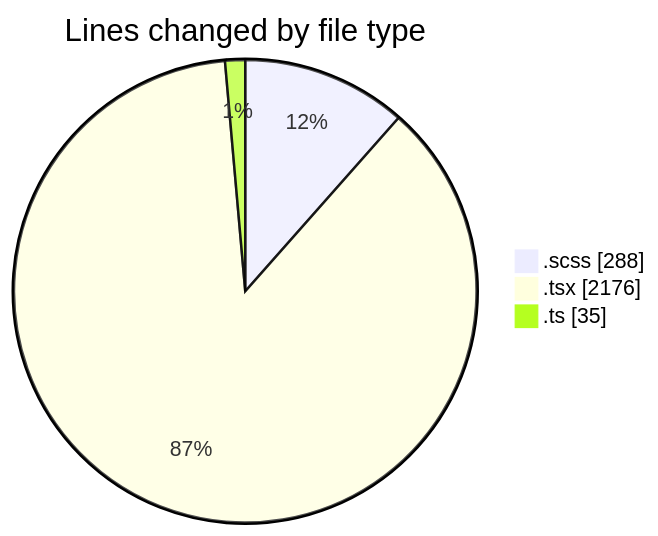
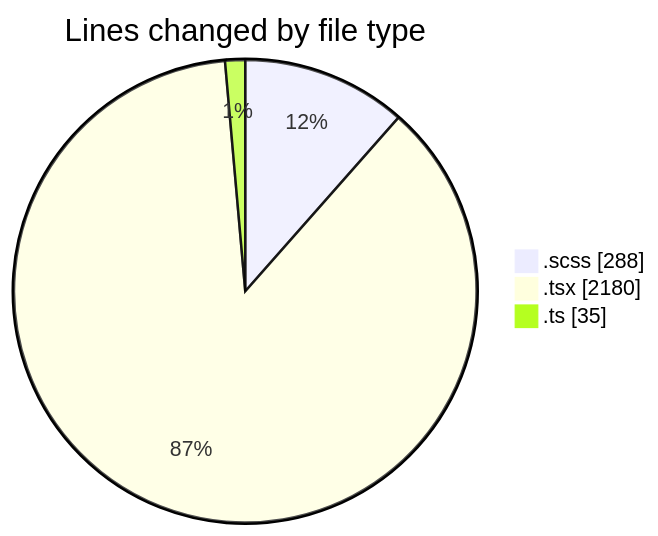
The first of 2 diagrams in 2025-02-10/cda/README.md (momahboobian/code-tracking), drawn with Mermaid before and after one commit. The commit also changed other lines of this file and 1 other file, not shown here.

````diff
--- a/2025-02-10/cda/README.md
+++ b/2025-02-10/cda/README.md
@@ -25,7 +25,7 @@
 ```mermaid
 pie showData
 title Lines changed by file type
 ".scss" : 288
-".tsx" : 2176
+".tsx" : 2180
 ".ts" : 35
 ```
````
